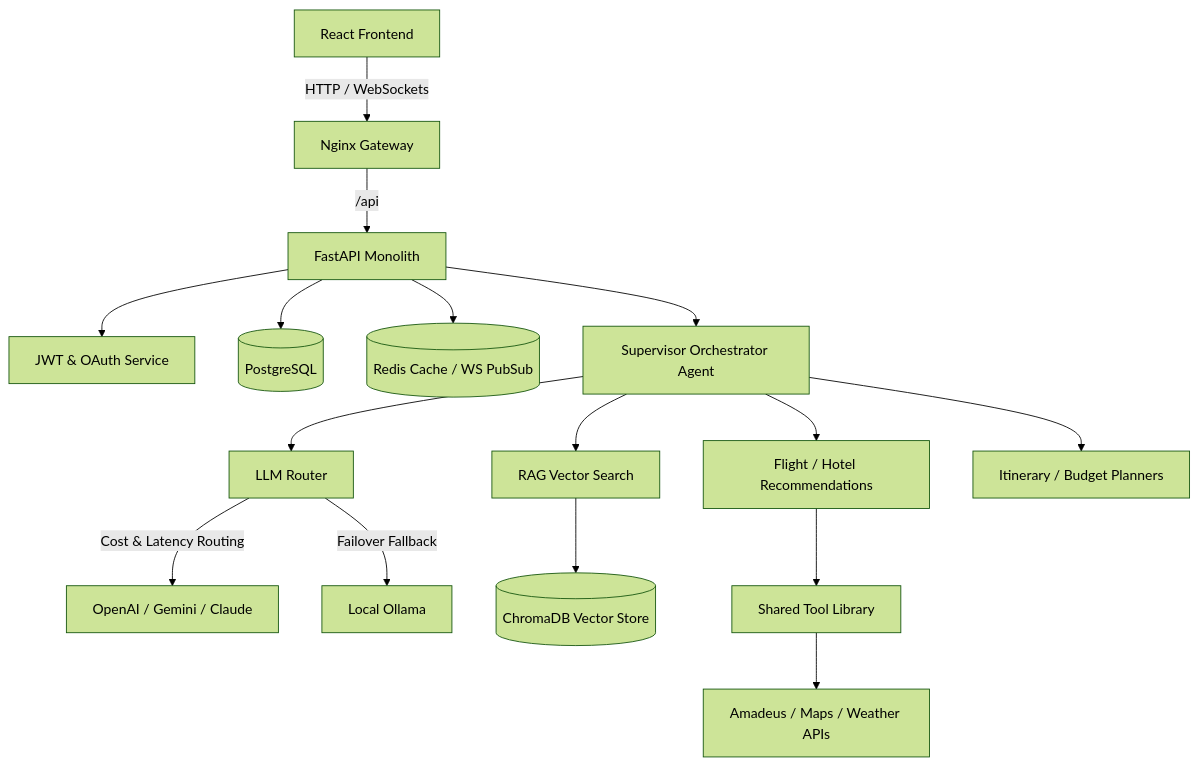
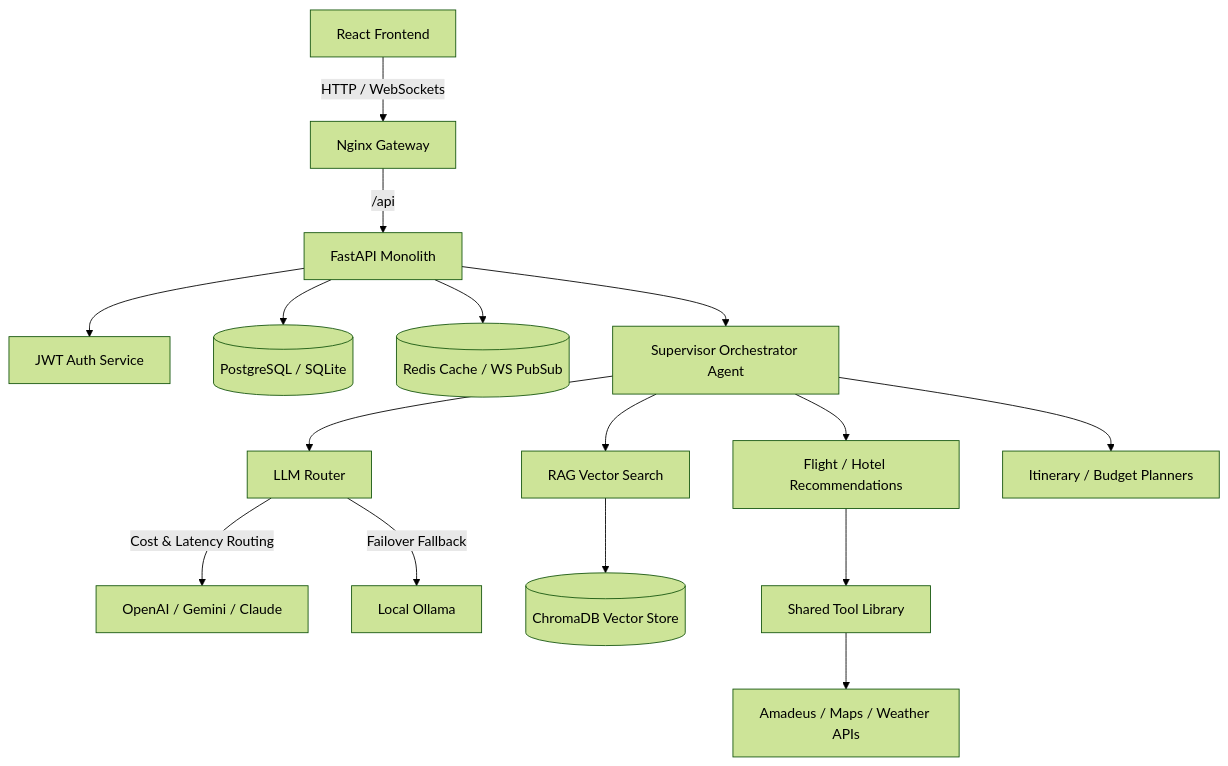
The diagram in README.md (Tanish-o9/Make-My-Trip), drawn with Mermaid (forest theme) before and after one commit. The commit also changed other lines of this file and 1 other file, not shown here.

Commit message:
docs: update README and unified .env.example with comprehensive architecture and configuration documentation

````diff
--- a/README.md
+++ b/README.md
@@ -10,23 +25,23 @@
 ```mermaid
 graph TD
     React[React Frontend] -->|HTTP / WebSockets| Nginx[Nginx Gateway]
     Nginx -->|/api| FastAPI[FastAPI Monolith]
     
-    FastAPI --> Auth[JWT & OAuth Service]
-    FastAPI --> DB[(PostgreSQL)]
+    FastAPI --> Auth[JWT Auth Service]
+    FastAPI --> DB[(PostgreSQL / SQLite)]
     FastAPI --> Cache[(Redis Cache / WS PubSub)]
     
     FastAPI --> Supervisor[Supervisor Orchestrator Agent]
     Supervisor --> Router[LLM Router]
     Router -->|Cost & Latency Routing| Cloud[OpenAI / Gemini / Claude]
     Router -->|Failover Fallback| Local[Local Ollama]
     
     Supervisor --> RAG[RAG Vector Search]
     RAG --> Chroma[(ChromaDB Vector Store)]
     
     Supervisor --> BookingAgents[Flight / Hotel Recommendations]
     Supervisor --> PlanAgents[Itinerary / Budget Planners]
     
     BookingAgents --> Tools[Shared Tool Library]
     Tools --> External[Amadeus / Maps / Weather APIs]
 ```
````
